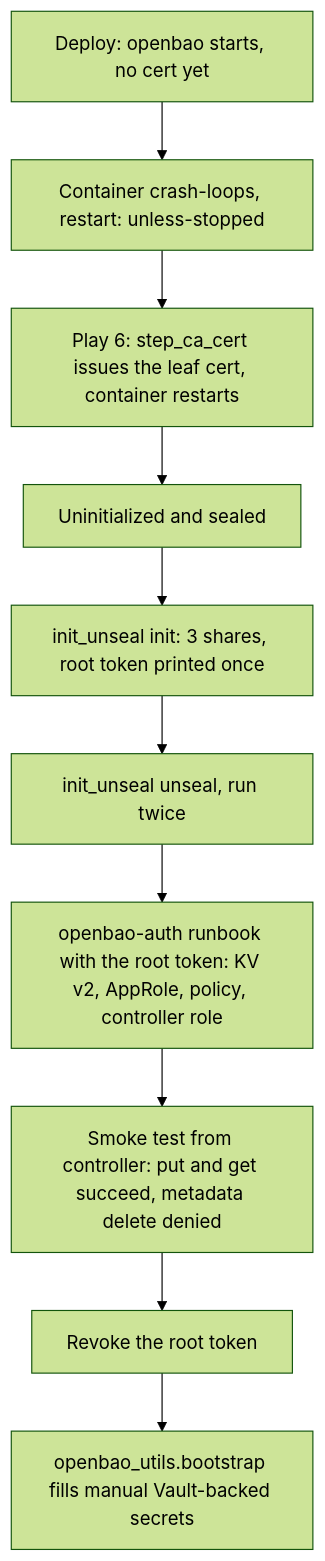
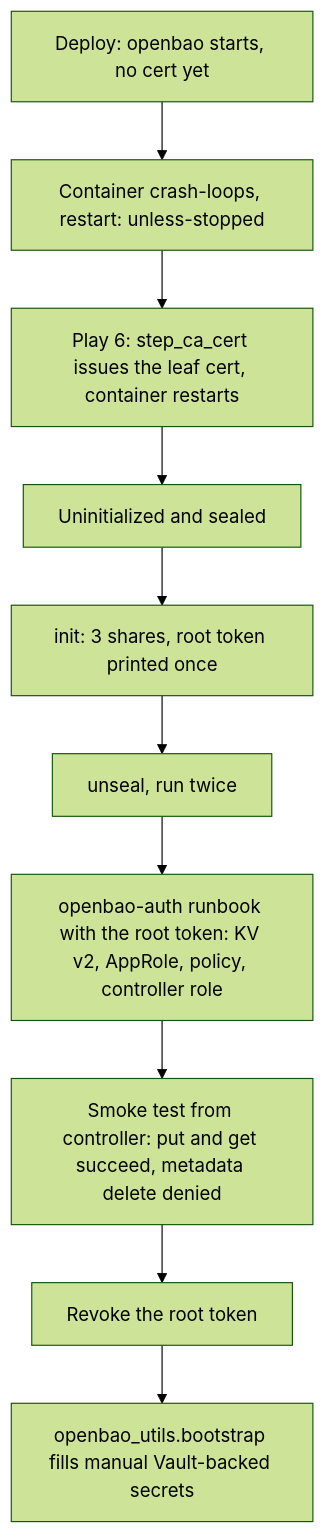
Before and after one commit to wenenhoe/homelab: the diagram in docs/topics/secrets/openbao.md, drawn with Mermaid (forest theme). The commit also changed other lines of this file and 9 other files, not shown here.

First line of the commit message:
refactor: split openbao_utils.init_unseal into init and unseal

````diff
--- a/docs/topics/secrets/openbao.md
+++ b/docs/topics/secrets/openbao.md
@@ -89,12 +89,12 @@
 ```mermaid
 flowchart TD
     A["Deploy: openbao starts, no cert yet"] --> B["Container crash-loops, restart: unless-stopped"]
     B --> C["Play 6: step_ca_cert issues the leaf cert, container restarts"]
     C --> D["Uninitialized and sealed"]
-    D --> E["init_unseal init: 3 shares, root token printed once"]
-    E --> F["init_unseal unseal, run twice"]
+    D --> E["init: 3 shares, root token printed once"]
+    E --> F["unseal, run twice"]
     F --> G["openbao-auth runbook with the root token: KV v2, AppRole, policy, controller role"]
     G --> H["Smoke test from controller: put and get succeed, metadata delete denied"]
     H --> I["Revoke the root token"]
     I --> J["openbao_utils.bootstrap fills manual Vault-backed secrets"]
 ```
````
